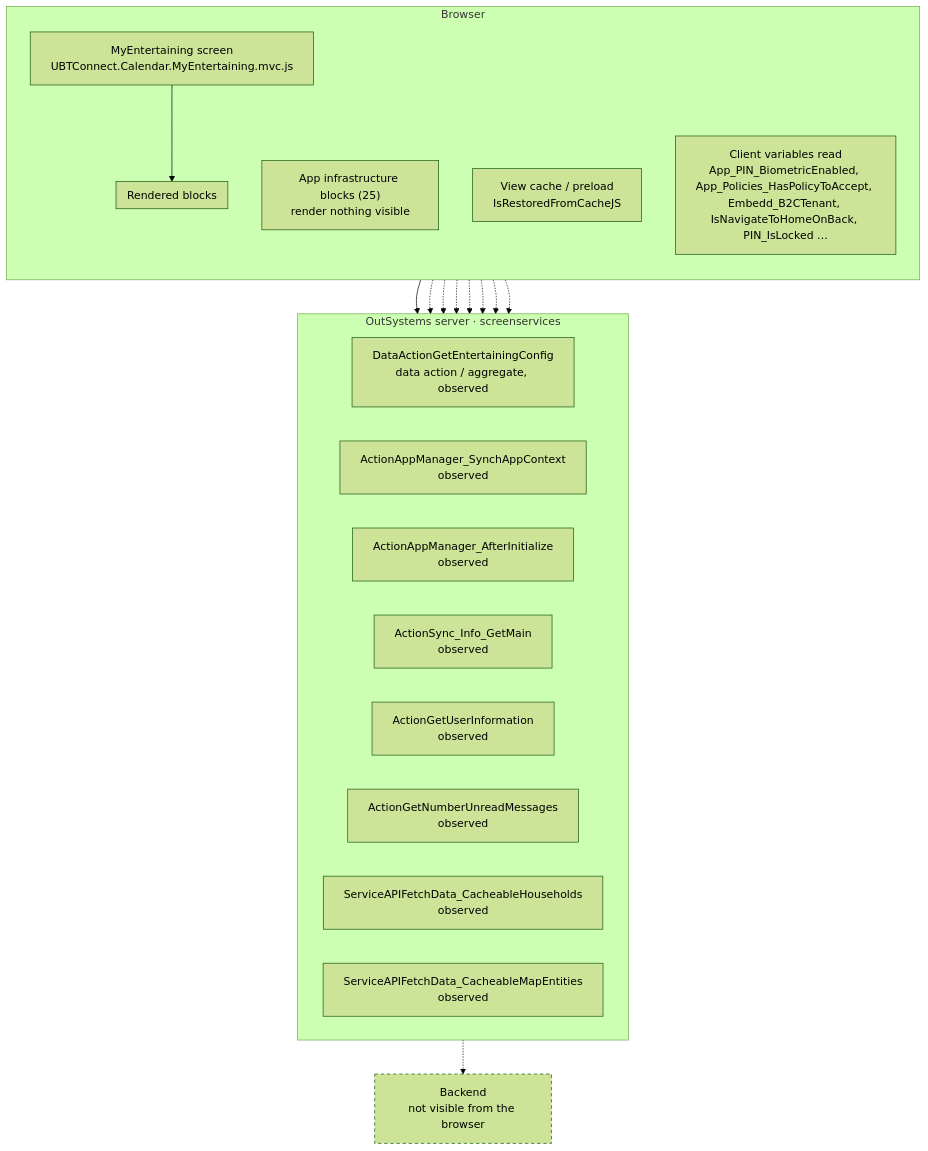
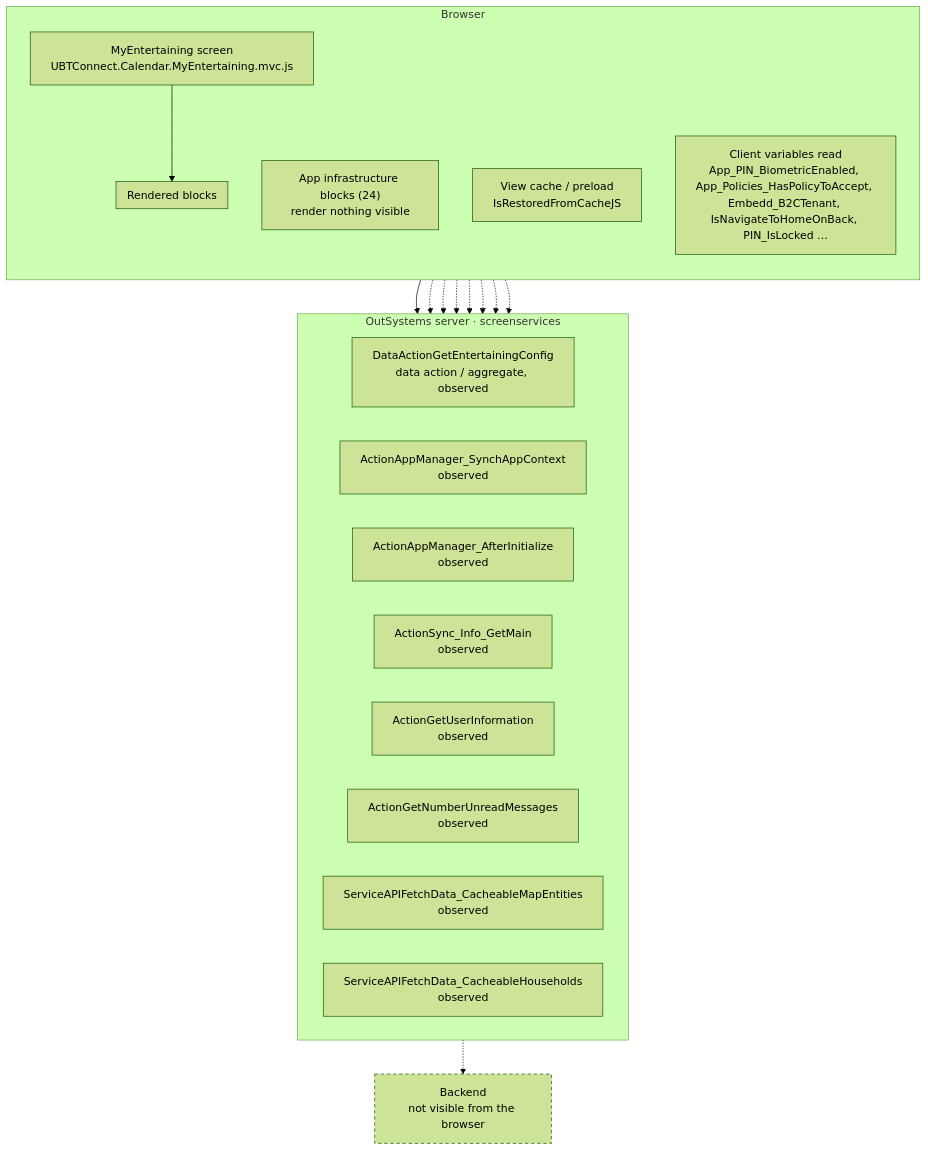
The first of 7 diagrams in migration/screens/MyEntertaining/analysis/diagrams.md (Phoenix-DX/connect-new-ui), drawn with Mermaid (forest theme) before and after one commit. The commit also changed 1877 other files, not shown here.

````diff
--- a/migration/screens/MyEntertaining/analysis/diagrams.md
+++ b/migration/screens/MyEntertaining/analysis/diagrams.md
@@ -6,38 +6,38 @@
 ```mermaid
 %% DRAFT generated by analyze_capture.py. Complete it by hand (see assets/example-diagrams.md).
 flowchart TB
   subgraph Browser["Browser"]
     direction TB
     Shell["MyEntertaining screen<br/>UBTConnect.Calendar.MyEntertaining.mvc.js"]
     subgraph Content["Rendered blocks"]
       direction LR
     end
-    Infra["App infrastructure blocks (25)<br/>render nothing visible"]
+    Infra["App infrastructure blocks (24)<br/>render nothing visible"]
     Cache["View cache / preload<br/>IsRestoredFromCacheJS"]
     Vars["Client variables read<br/>App_PIN_BiometricEnabled, App_Policies_HasPolicyToAccept, Embedd_B2CTenant, IsNavigateToHomeOnBack, PIN_IsLocked …"]
     Shell --> Content
   end
   subgraph Server["OutSystems server · screenservices"]
     direction LR
     S0["DataActionGetEntertainingConfig<br/>data action / aggregate, observed"]
     S1["ActionAppManager_SynchAppContext<br/>observed"]
     S2["ActionAppManager_AfterInitialize<br/>observed"]
     S3["ActionSync_Info_GetMain<br/>observed"]
     S4["ActionGetUserInformation<br/>observed"]
     S5["ActionGetNumberUnreadMessages<br/>observed"]
-    S6["ServiceAPIFetchData_CacheableHouseholds<br/>observed"]
-    S7["ServiceAPIFetchData_CacheableMapEntities<br/>observed"]
+    S6["ServiceAPIFetchData_CacheableMapEntities<br/>observed"]
+    S7["ServiceAPIFetchData_CacheableHouseholds<br/>observed"]
   end
   Backend["Backend<br/>not visible from the browser"]
   Content --> S0
   Content -.-> S1
   Content -.-> S2
   Content -.-> S3
   Content -.-> S4
   Content -.-> S5
   Content -.-> S6
   Content -.-> S7
   S0 -.-> Backend
   classDef unknown stroke-dasharray: 5 4;
   class Backend unknown;
 ```
````
